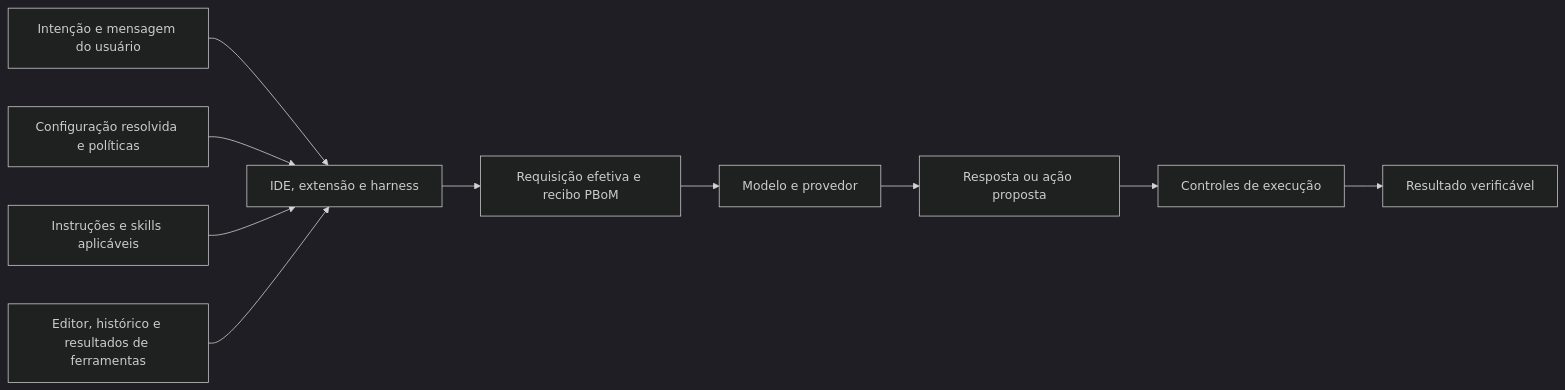
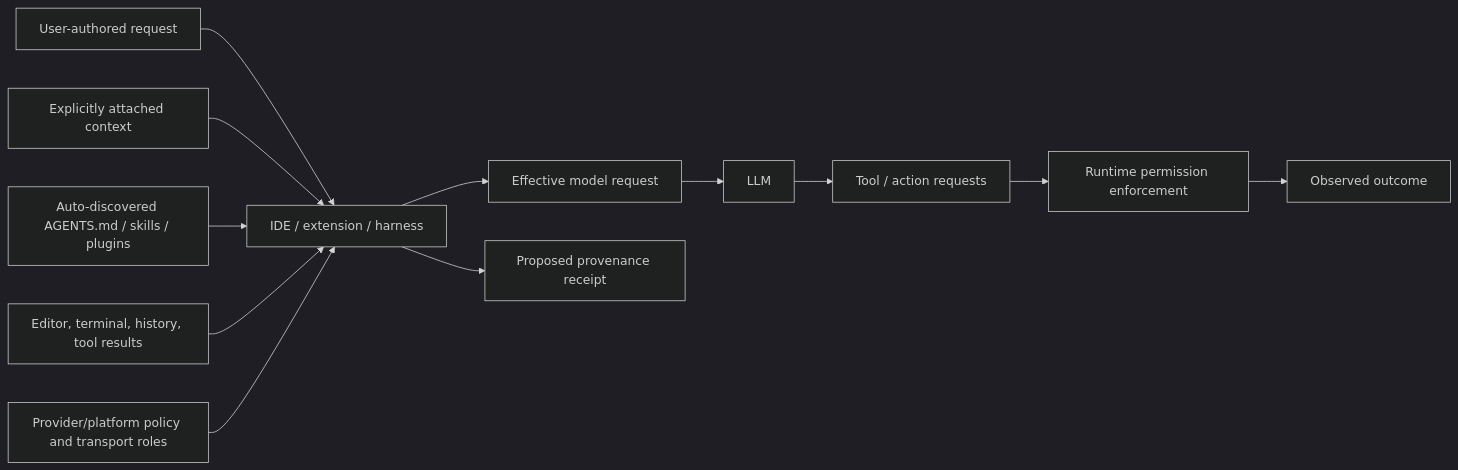
The diagram in paper.md (juninhodeluca/ide-agent-configuration-tax), drawn with Mermaid (dark theme) before and after one commit. The commit also changed other lines of this file, not shown here.

````diff
--- a/paper.md
+++ b/paper.md
@@ -79,12 +41,14 @@
-```mermaid
+~~~mermaid
 flowchart LR
-    U[Intenção e mensagem do usuário] --> H[IDE, extensão e harness]
-    C[Configuração resolvida e políticas] --> H
-    I[Instruções e skills aplicáveis] --> H
-    T[Editor, histórico e resultados de ferramentas] --> H
-    H --> Q[Requisição efetiva e recibo PBoM]
-    Q --> M[Modelo e provedor]
-    M --> A[Resposta ou ação proposta]
-    A --> X[Controles de execução]
-    X --> O[Resultado verificável]
-```
+  U[User-authored request] --> H[IDE / extension / harness]
+  E[Explicitly attached context] --> H
+  A[Auto-discovered AGENTS.md / skills / plugins] --> H
+  S[Editor, terminal, history, tool results] --> H
+  G[Provider/platform policy and transport roles] --> H
+  H --> R[Effective model request]
+  H --> P[Proposed provenance receipt]
+  R --> M[LLM]
+  M --> T[Tool / action requests]
+  T --> X[Runtime permission enforcement]
+  X --> O[Observed outcome]
+~~~
````
